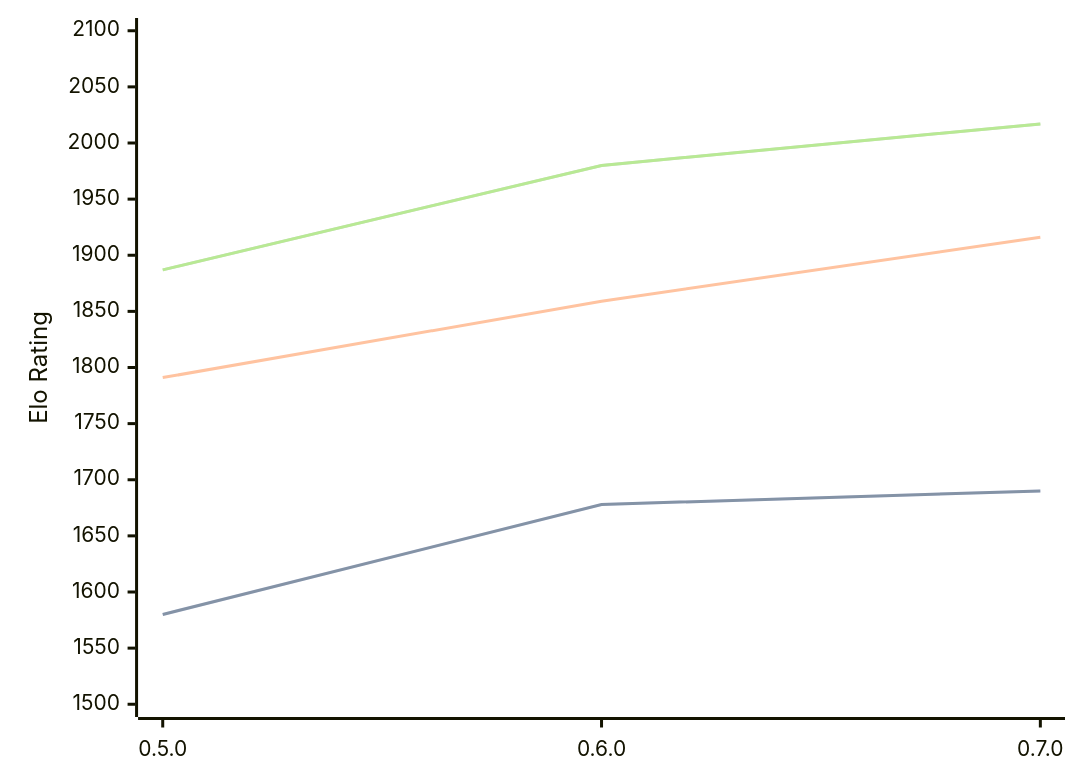
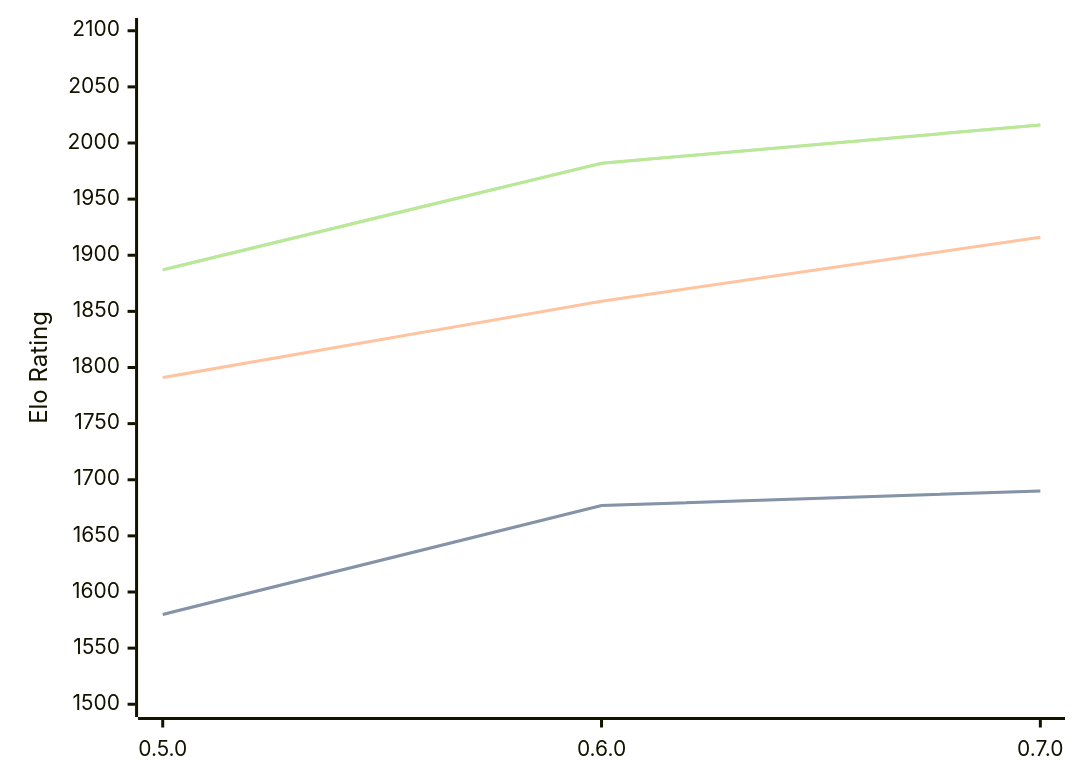
Before and after one commit to computer-chess-index/cci: the diagram in engines/Chess-rs.md, drawn with Mermaid. The commit also changed other lines of this file, not shown here.

Commit message:
Update CCI Ratings (ELO VLTC) - 2026-08-25

````diff
--- a/engines/Chess-rs.md
+++ b/engines/Chess-rs.md
@@ -33,11 +33,11 @@
 ```mermaid
 %%{init: {"theme":"base","themeVariables":{"seriesColors:['#a3a3a3','#222221','#faa371']}}}%%
 xychart-beta
   x-axis ["0.5.0", "0.6.0", "0.7.0"]
   y-axis "Elo Rating" 1500 --> 2100
-  line "STC (8.0+0.08s)" [1580, 1678, 1690]
-  line "STC (8.0+0.08s)" [1580, 1678, 1690]
+  line "STC (8.0+0.08s)" [1580, 1677, 1690]
+  line "STC (8.0+0.08s)" [1580, 1677, 1690]
   line "LTC (60.0+0.60s)" [1791, 1859, 1916]
-  line "VLTC (2m24s+1.12s)" [1887, 1980, 2017]
-  line "VLTC (2m24s+1.12s)" [1887, 1980, 2017]
+  line "VLTC (2m24s+1.12s)" [1887, 1982, 2016]
+  line "VLTC (2m24s+1.12s)" [1887, 1982, 2016]
 ```
````
